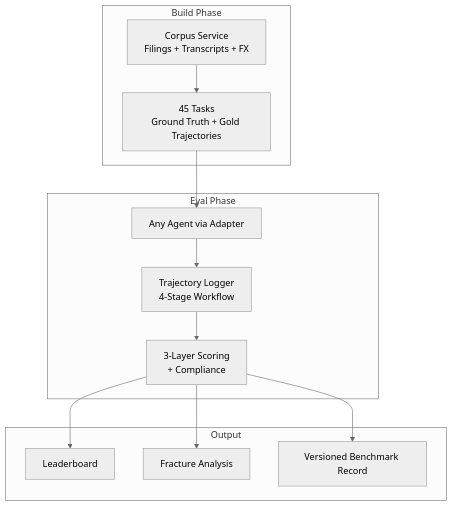
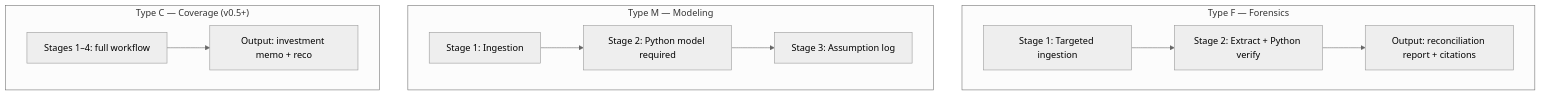
One commit to goyalggaurav/Zstate changed the second of 3 diagrams in docs/ZSTATE_EQUITY_RESEARCH_BENCHMARK_FRAMEWORK.md. Above: the diagram before and after it, drawn with Mermaid (neutral theme). The commit also changed other lines of this file and 7 other files, not shown here.

````diff
--- a/docs/ZSTATE_EQUITY_RESEARCH_BENCHMARK_FRAMEWORK.md
+++ b/docs/ZSTATE_EQUITY_RESEARCH_BENCHMARK_FRAMEWORK.md
@@ -69,25 +126,22 @@
 ```mermaid
 flowchart TB
-    subgraph Build Phase
-        CORPUS[Corpus Service<br/>Filings + Transcripts + FX]
-        TASKS[45 Tasks<br/>Ground Truth + Gold Trajectories]
+    subgraph TypeF["Type F — Forensics"]
+        F1[Stage 1: Targeted ingestion]
+        F2[Stage 2: Extract + Python verify]
+        F3[Output: reconciliation report + citations]
+        F1 --> F2 --> F3
     end
 
-    subgraph Eval Phase
-        AGENT[Any Agent via Adapter]
-        TRAJ[Trajectory Logger<br/>4-Stage Workflow]
-        SCORE[3-Layer Scoring<br/>+ Compliance]
+    subgraph TypeM["Type M — Modeling"]
+        M1[Stage 1: Ingestion]
+        M2[Stage 2: Python model required]
+        M3[Stage 3: Assumption log]
+        M1 --> M2 --> M3
     end
 
-    subgraph Output
-        LB[Leaderboard]
-        FR[Fracture Analysis]
-        DS[Versioned Benchmark Record]
+    subgraph TypeC["Type C — Coverage (v0.5+)"]
+        C1[Stages 1–4: full workflow]
+        C2[Output: investment memo + reco]
+        C1 --> C2
     end
-
-    CORPUS --> TASKS
-    TASKS --> AGENT
-    AGENT --> TRAJ
-    TRAJ --> SCORE
-    SCORE --> LB & FR & DS
 ```
````
